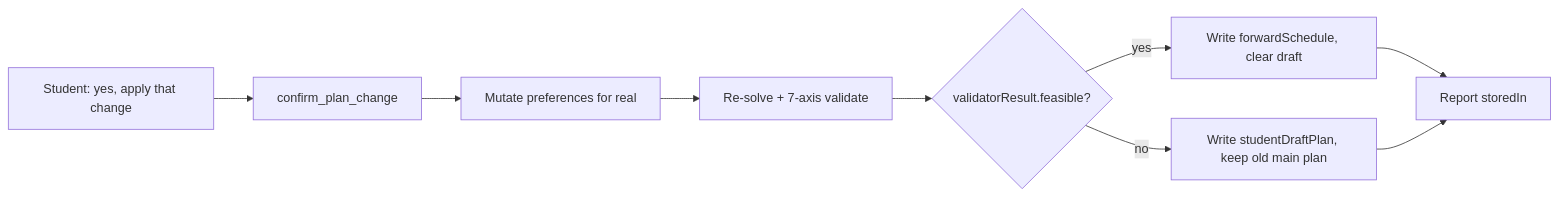
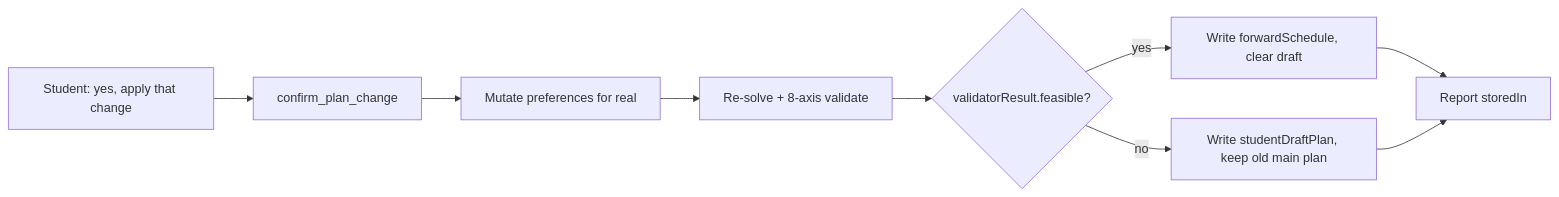
Before and after one commit to EdoardoMongardi/NYU_Path: the first of 2 diagrams in Docs/current-system/tools/confirm_plan_change.md, drawn with Mermaid. The commit also changed other lines of this file and 3 other files, not shown here.

````diff
--- a/Docs/current-system/tools/confirm_plan_change.md
+++ b/Docs/current-system/tools/confirm_plan_change.md
@@ -9,11 +9,11 @@
 ```mermaid
 flowchart LR
     Q[Student: yes, apply that change] --> T[confirm_plan_change]
     T --> M[Mutate preferences for real]
-    M --> S[Re-solve + 7-axis validate]
+    M --> S[Re-solve + 8-axis validate]
     S --> V{validatorResult.feasible?}
     V -->|yes| MAIN[Write forwardSchedule, clear draft]
     V -->|no| DRAFT[Write studentDraftPlan, keep old main plan]
     MAIN --> R[Report storedIn]
     DRAFT --> R
 ```
````
